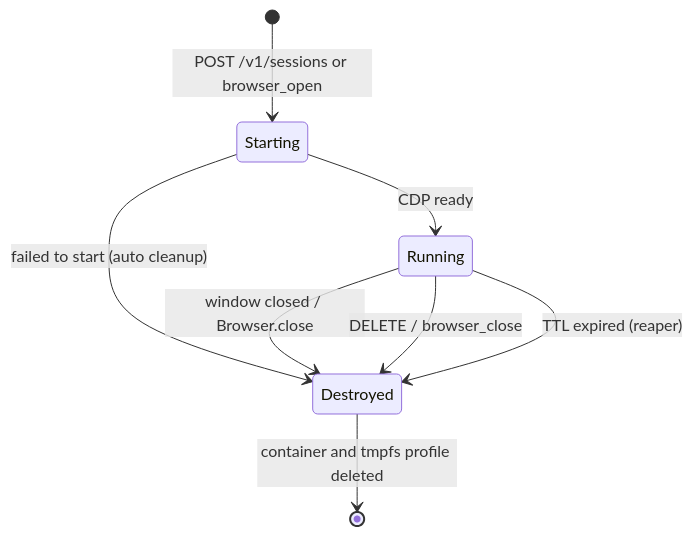
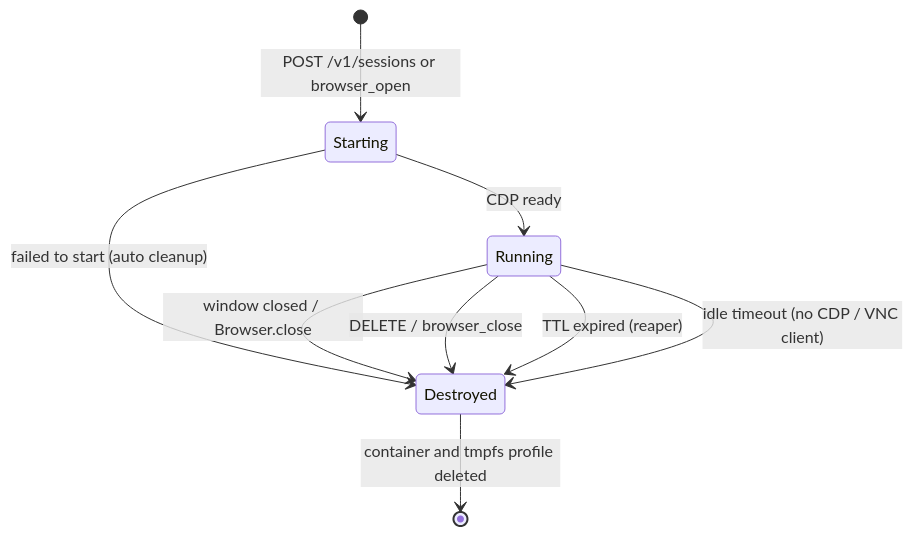
The second of 2 diagrams in README.md (kyroskoh/disposable-browser), drawn with Mermaid before and after one commit. The commit also changed other lines of this file and 27 other files, not shown here.

````diff
--- a/README.md
+++ b/README.md
@@ -59,10 +63,11 @@
 ```mermaid
 stateDiagram-v2
   [*] --> Starting: POST /v1/sessions or browser_open
   Starting --> Running: CDP ready
   Starting --> Destroyed: failed to start (auto cleanup)
   Running --> Destroyed: window closed / Browser.close
   Running --> Destroyed: DELETE / browser_close
   Running --> Destroyed: TTL expired (reaper)
+  Running --> Destroyed: idle timeout (no CDP / VNC client)
   Destroyed --> [*]: container and tmpfs profile deleted
 ```
````
